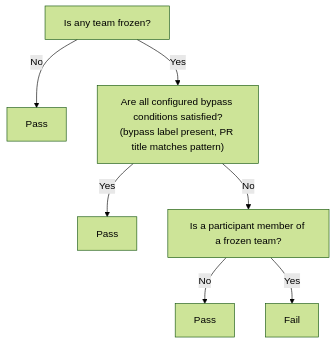
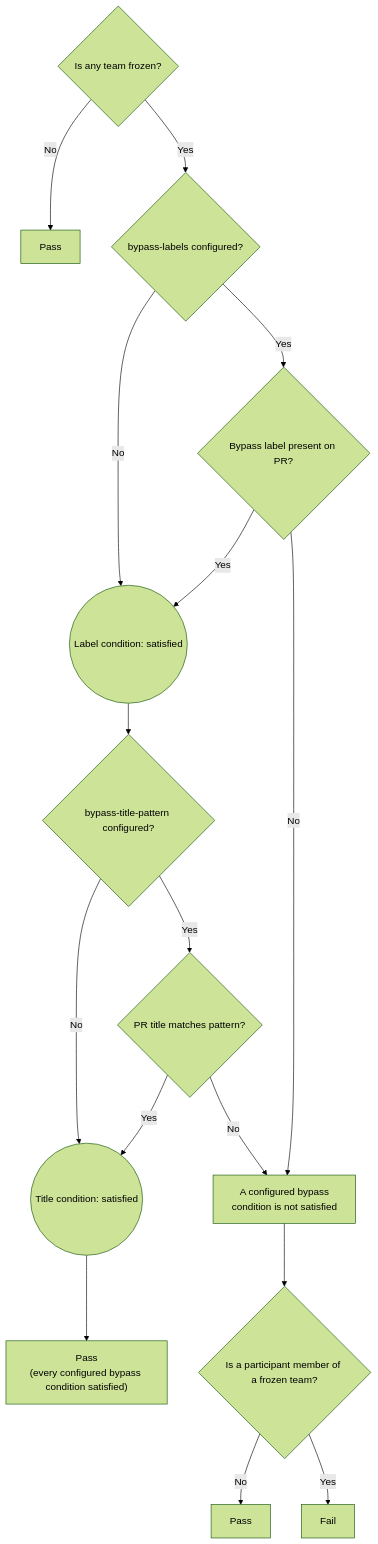
One commit to DataDog/team-freeze-guard changed the diagram in README.md. Above: the diagram before and after it, drawn with Mermaid (forest theme).

Commit message:
Show bypass condition logic in the README flowchart
Makes the AND semantics between bypass-labels and bypass-title-pattern
explicit, including that an unconfigured mechanism is treated as
satisfied.

````diff
--- a/README.md
+++ b/README.md
@@ -13,9 +13,22 @@
 ```mermaid
 flowchart TD
-    A["Is any team frozen?"] -->|No| PASS1["Pass"]
-    A -->|Yes| B["Are all configured bypass conditions satisfied?<br/>(bypass label present, PR title matches pattern)"]
-    B -->|Yes| PASS2["Pass"]
-    B -->|No| C["Is a participant member of a frozen team?"]
+    A{"Is any team frozen?"} -->|No| PASS1["Pass"]
+    A -->|Yes| L{"bypass-labels configured?"}
+
+    L -->|No| LOK(("Label condition: satisfied"))
+    L -->|Yes| L2{"Bypass label present on PR?"}
+    L2 -->|Yes| LOK
+    L2 -->|No| NOBYPASS["A configured bypass<br/>condition is not satisfied"]
+
+    LOK --> T{"bypass-title-pattern configured?"}
+    T -->|No| TOK(("Title condition: satisfied"))
+    T -->|Yes| T2{"PR title matches pattern?"}
+    T2 -->|Yes| TOK
+    T2 -->|No| NOBYPASS
+
+    TOK --> PASS2["Pass<br/>(every configured bypass condition satisfied)"]
+
+    NOBYPASS --> C{"Is a participant member of a frozen team?"}
     C -->|No| PASS3["Pass"]
     C -->|Yes| FAIL["Fail"]
 ```
````
